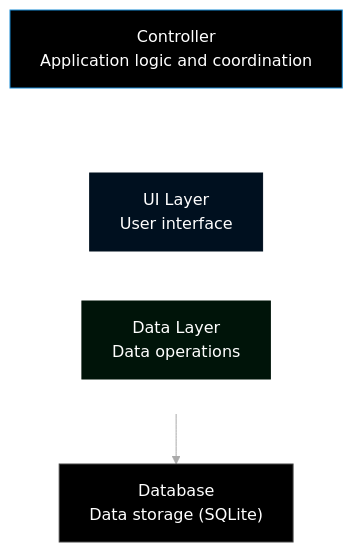
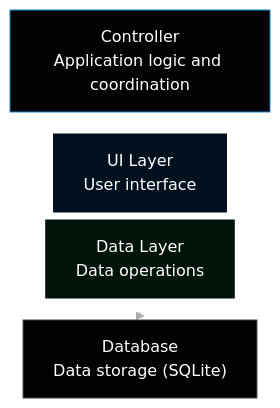
One commit to Nat-In/word_reminder changed the diagram in docs/02_architecture.md. Above: the diagram before and after it, drawn with Mermaid.

Commit message:
Modify Mermaid diagram

````diff
--- a/docs/02_architecture.md
+++ b/docs/02_architecture.md
@@ -1,24 +1,24 @@
 ```mermaid
-%%{init: {"flowchart": {"wrappingWidth": 450}, "theme": "base", "themeVariables": {"background": "#000000", "primaryTextColor": "#ffffff", "lineColor": "#aaaaaa", "fontFamily": "Arial"}}}%%
+%%{init: {"theme": "base", "flowchart": {"nodeSpacing": 8, "rankSpacing": 8, "diagramPadding": 4}, "themeVariables": {"background": "#000000", "primaryTextColor": "#ffffff", "lineColor": "#aaaaaa", "fontFamily": "Arial"}}}%%
 
 flowchart TB
     Controller["Controller<br/>Application logic and coordination"]
 
     subgraph Layers[" "]
         direction LR
         UI["UI Layer<br/>User interface"]
         Data["Data Layer<br/>Data operations"]
     end
 
     Database["Database<br/>Data storage (SQLite)"]
 
     Controller ~~~ UI
     Controller ~~~ Data
     Data --> Database
 
     style Controller fill:#000000,stroke:#1689d4,color:#ffffff
     style UI fill:#00101f,stroke:#00101f,color:#ffffff
     style Data fill:#001409,stroke:#001409,color:#ffffff
     style Database fill:#000000,stroke:#444444,color:#ffffff
     style Layers fill:none,stroke:none
 ```
````
